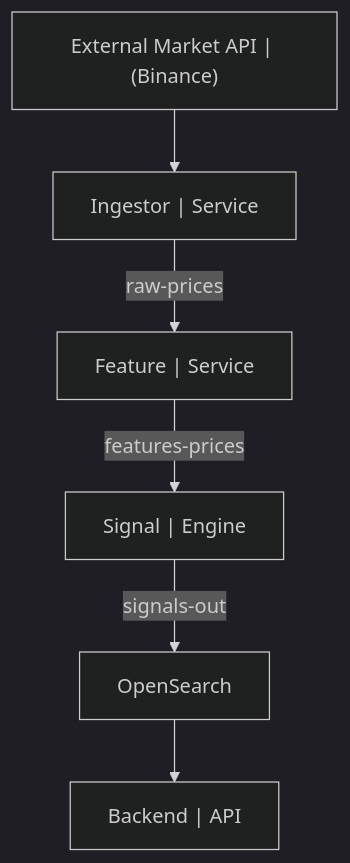
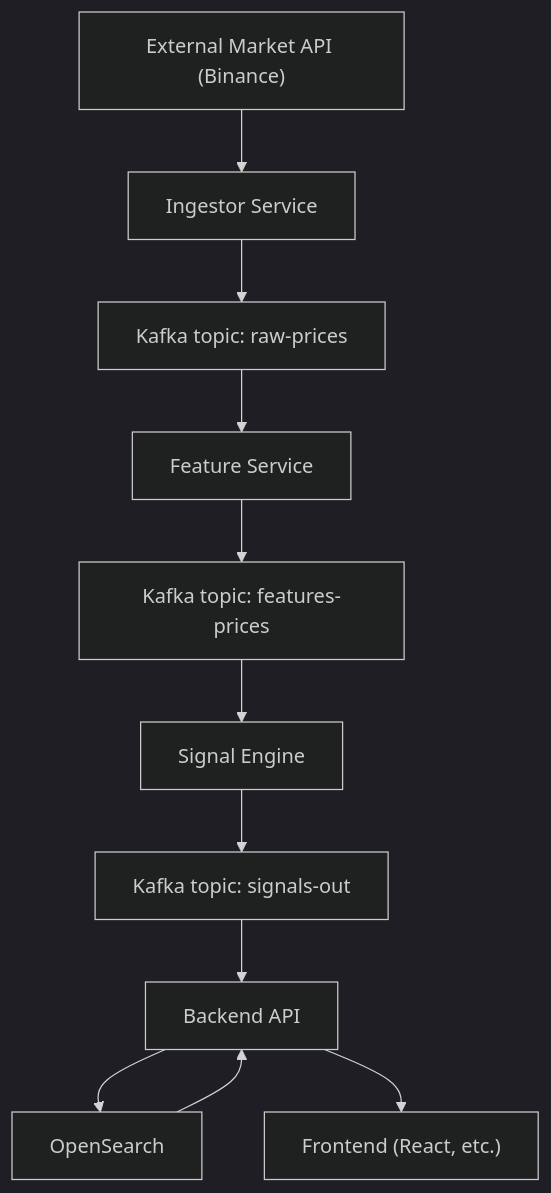
One commit to bogdanmironov/Quant-platform changed the diagram in README.md. Above: the diagram before and after it, drawn with Mermaid (dark theme).

````diff
--- a/README.md
+++ b/README.md
@@ -47,15 +47,33 @@
 ```mermaid
 flowchart TD
-    A["External Market API | (Binance)"]
-    B["Ingestor | Service"]
-    C["Feature | Service"]
-    D["Signal | Engine"]
-    E["OpenSearch"]
-    F["Backend | API"]
 
-    A --> B
-    B -->|raw-prices| C
-    C -->|features-prices| D
-    D -->|signals-out| E
-    E --> F
+    %% External price source
+    M["External Market API (Binance)"]
+
+    %% Services
+    I["Ingestor Service"]
+    F["Feature Service"]
+    S["Signal Engine"]
+    B["Backend API"]
+
+    %% Kafka topics
+    K1["Kafka topic: raw-prices"]
+    K2["Kafka topic: features-prices"]
+    K3["Kafka topic: signals-out"]
+
+    %% Storage + UI
+    OS["OpenSearch"]
+    FE["Frontend (React, etc.)"]
+
+    %% Flow
+    M --> I
+    I --> K1
+    K1 --> F
+    F --> K2
+    K2 --> S
+    S --> K3
+    K3 --> B
+    B --> OS
+    OS --> B
+    B --> FE
 ```
````
